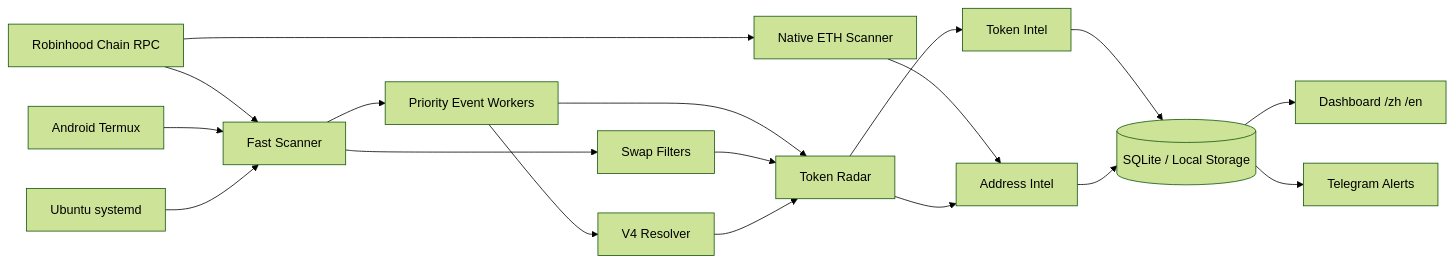
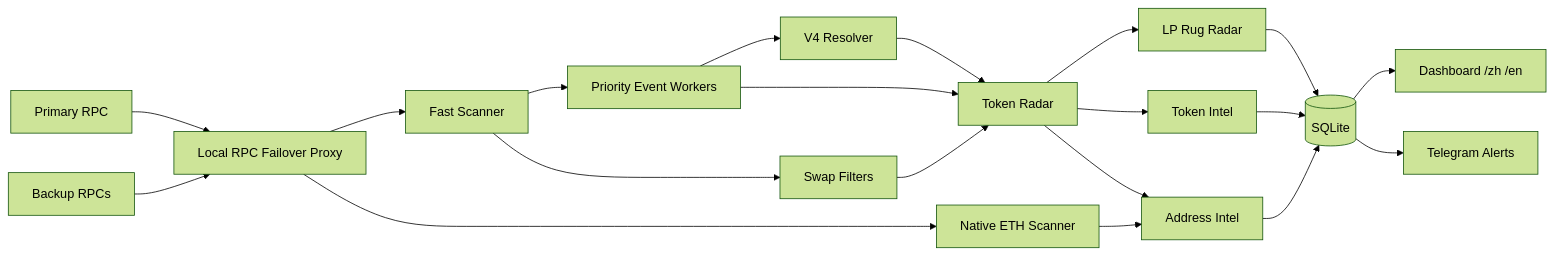
The diagram in README.md (yinchun6969/robinhood-chain-radar), drawn with Mermaid (forest theme) before and after one commit. The commit also changed other lines of this file and 18 other files, not shown here.

First line of the commit message:
release: Robinhood Chain Radar V1.3.1

````diff
--- a/README.md
+++ b/README.md
@@ -84,20 +115,22 @@
 ```mermaid
 flowchart LR
-    RPC[Robinhood Chain RPC] --> FS[Fast Scanner]
-    RPC --> NS[Native ETH Scanner]
+    U1[Primary RPC] --> RP[Local RPC Failover Proxy]
+    U2[Backup RPCs] --> RP
+    RP --> FS[Fast Scanner]
+    RP --> NS[Native ETH Scanner]
     FS --> PW[Priority Event Workers]
     FS --> SF[Swap Filters]
     PW --> VR[V4 Resolver]
     PW --> TR[Token Radar]
     SF --> TR
     NS --> AI[Address Intel]
     VR --> TR
+    TR --> LR[LP Rug Radar]
     TR --> TI[Token Intel]
     TR --> AI
-    TI --> DB[(SQLite / Local Storage)]
+    LR --> DB[(SQLite)]
+    TI --> DB
     AI --> DB
     DB --> WEB[Dashboard /zh /en]
     DB --> TG[Telegram Alerts]
-    ANDROID[Android Termux] --> FS
-    UBUNTU[Ubuntu systemd] --> FS
 ```
````
